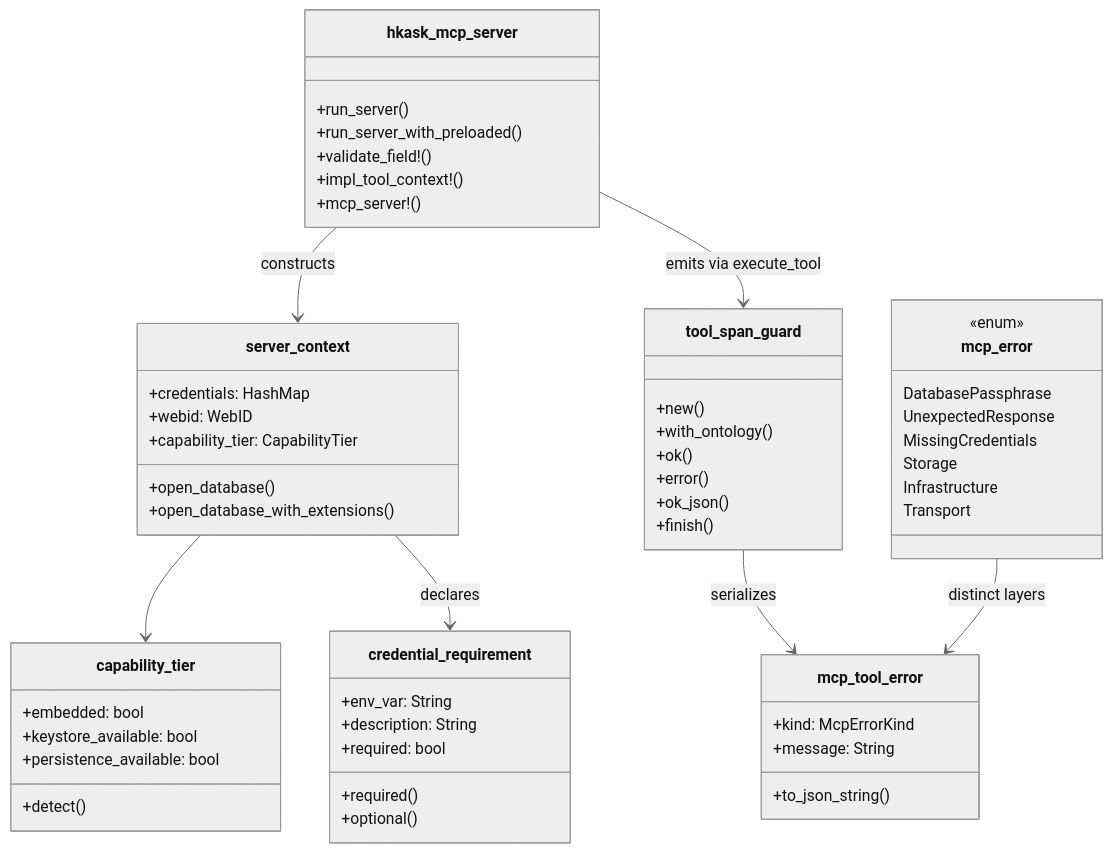
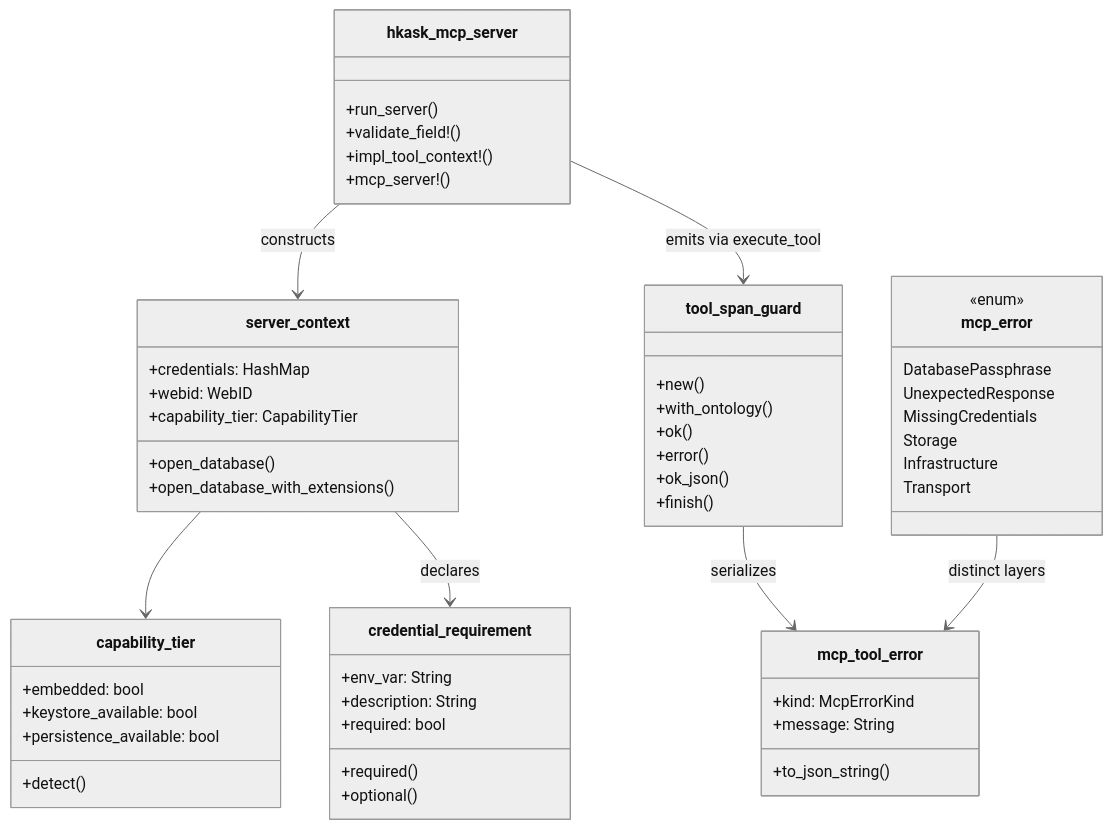
The diagram in kask/docs/diataxis/hkask-mcp-server/reference.md (mdz-axo/zed-kask), drawn with Mermaid (neutral theme) before and after one commit. The commit also changed other lines of this file and 17 other files, not shown here.

First line of the commit message:
Remove env-var special-casing in credential flows

````diff
--- a/kask/docs/diataxis/hkask-mcp-server/reference.md
+++ b/kask/docs/diataxis/hkask-mcp-server/reference.md
@@ -20,58 +20,57 @@
 ```mermaid
 classDiagram
     class hkask_mcp_server {
         +run_server()
-        +run_server_with_preloaded()
         +validate_field!()
         +impl_tool_context!()
         +mcp_server!()
     }
     class server_context {
         +credentials: HashMap
         +webid: WebID
         +capability_tier: CapabilityTier
         +open_database()
         +open_database_with_extensions()
     }
     class capability_tier {
         +embedded: bool
         +keystore_available: bool
         +persistence_available: bool
         +detect()
     }
     class credential_requirement {
         +env_var: String
         +description: String
         +required: bool
         +required()
         +optional()
     }
     class tool_span_guard {
         +new()
         +with_ontology()
         +ok()
         +error()
         +ok_json()
         +finish()
     }
     class mcp_error {
         <<enum>>
         DatabasePassphrase
         UnexpectedResponse
         MissingCredentials
         Storage
         Infrastructure
         Transport
     }
     class mcp_tool_error {
         +kind: McpErrorKind
         +message: String
         +to_json_string()
     }
     hkask_mcp_server --> server_context : constructs
     server_context --> capability_tier
     server_context --> credential_requirement : declares
     hkask_mcp_server --> tool_span_guard : emits via execute_tool
     tool_span_guard --> mcp_tool_error : serializes
     mcp_error --> mcp_tool_error : distinct layers
 ```
````
